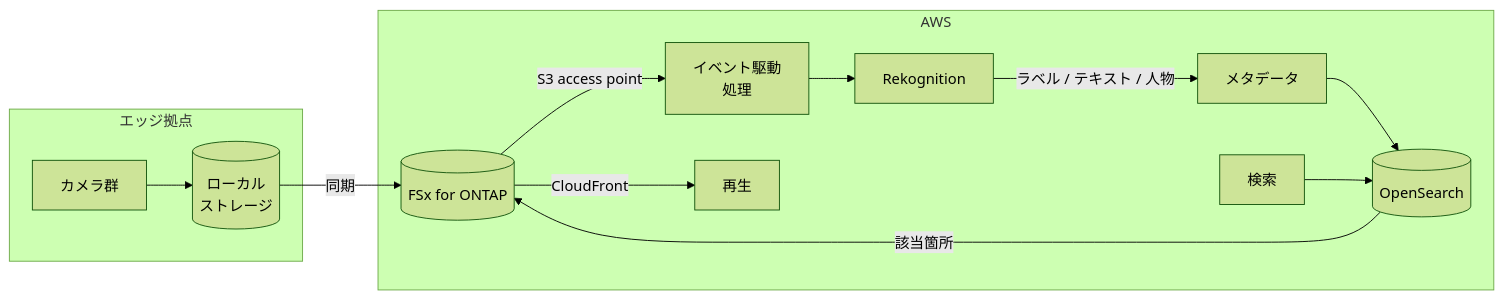
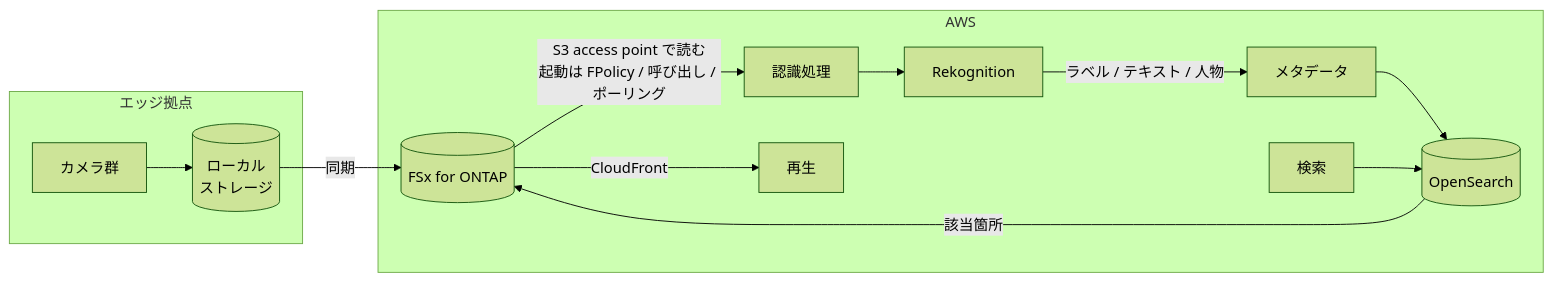
The diagram in docs/ja/aws-patterns/06-video-analytics.md (Yoshiki0705/ONTAP-Edge-to-Cloud-AI), drawn with Mermaid (forest theme) before and after one commit. The commit also changed 42 other files, not shown here.

````diff
--- a/docs/ja/aws-patterns/06-video-analytics.md
+++ b/docs/ja/aws-patterns/06-video-analytics.md
@@ -26,16 +26,16 @@
 ```mermaid
 graph LR
   subgraph Edge["エッジ拠点"]
     CAM[カメラ群] --> LS[(ローカル<br/>ストレージ)]
   end
   subgraph Cloud["AWS"]
     LS -->|同期| FSX[(FSx for ONTAP)]
-    FSX -->|S3 access point| EV[イベント駆動<br/>処理]
+    FSX -->|S3 access point で読む<br/>起動は FPolicy / 呼び出し / ポーリング| EV[認識処理]
     EV --> RK[Rekognition]
     RK -->|ラベル / テキスト / 人物| META[メタデータ]
     META --> OS[(OpenSearch)]
     Q[検索] --> OS
     OS -->|該当箇所| FSX
     FSX -->|CloudFront| PLAY[再生]
   end
 ```
````
